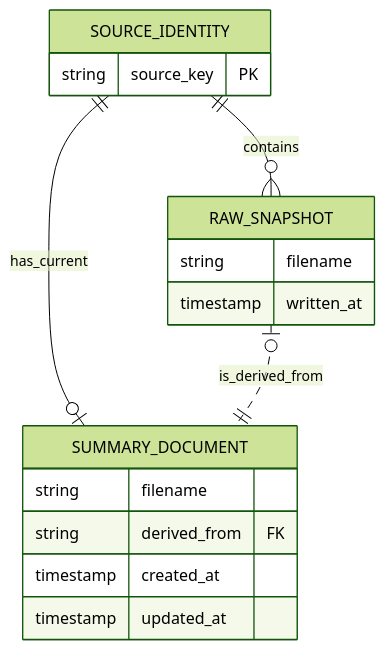
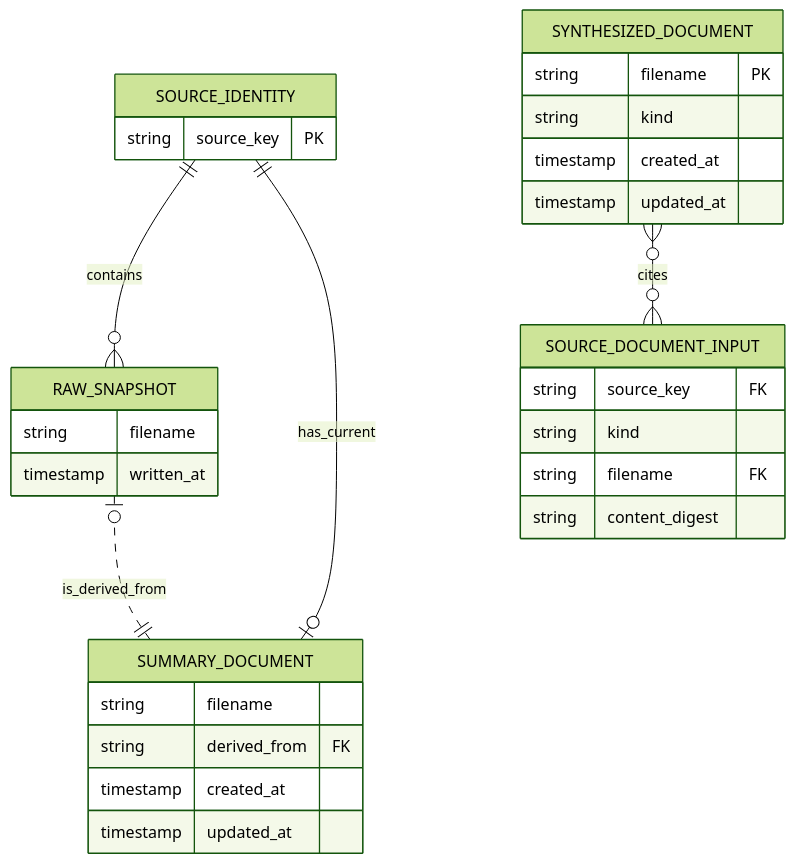
The diagram in docs/ontology.md (skillicinski/bo), drawn with Mermaid (forest theme) before and after one commit. The commit also changed other lines of this file and 27 other files, not shown here.

````diff
--- a/docs/ontology.md
+++ b/docs/ontology.md
@@ -6,20 +6,33 @@
 ```mermaid
 erDiagram
     SOURCE_IDENTITY ||--o{ RAW_SNAPSHOT : contains
     SOURCE_IDENTITY ||--o| SUMMARY_DOCUMENT : has_current
     RAW_SNAPSHOT |o..|| SUMMARY_DOCUMENT : is_derived_from
 
     SOURCE_IDENTITY {
         string source_key PK
     }
     RAW_SNAPSHOT {
         string filename
         timestamp written_at
     }
     SUMMARY_DOCUMENT {
         string filename
         string derived_from FK
         timestamp created_at
         timestamp updated_at
     }
+    SYNTHESIZED_DOCUMENT {
+        string filename PK
+        string kind
+        timestamp created_at
+        timestamp updated_at
+    }
+    SOURCE_DOCUMENT_INPUT {
+        string source_key FK
+        string kind
+        string filename FK
+        string content_digest
+    }
+    SYNTHESIZED_DOCUMENT }o--o{ SOURCE_DOCUMENT_INPUT : cites
 ```
````
